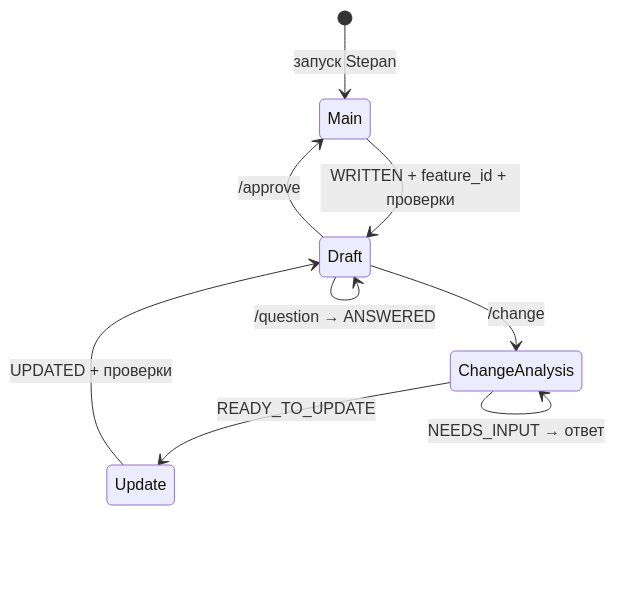
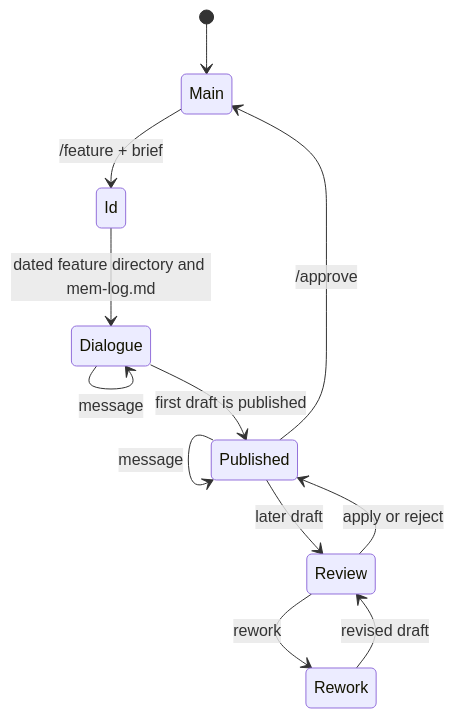
One commit to AndrMoiseev/stepan changed the diagram in docs/feature-flow.md. Above: the diagram before and after it, drawn with Mermaid. The commit also changed other lines of this file and 38 other files, not shown here.

Commit message:
Refined flow

````diff
--- a/docs/feature-flow.md
+++ b/docs/feature-flow.md
@@ -31,11 +7,14 @@
 ```mermaid
 stateDiagram-v2
-    [*] --> Main: запуск Stepan
-    Main --> Draft: WRITTEN + feature_id + проверки
-    Draft --> Draft: /question → ANSWERED
-    Draft --> ChangeAnalysis: /change
-    ChangeAnalysis --> ChangeAnalysis: NEEDS_INPUT → ответ
-    ChangeAnalysis --> Update: READY_TO_UPDATE
-    Update --> Draft: UPDATED + проверки
-    Draft --> Main: /approve
+    [*] --> Main
+    Main --> Id: /feature + brief
+    Id --> Dialogue: dated feature directory and mem-log.md
+    Dialogue --> Dialogue: message
+    Dialogue --> Published: first draft is published
+    Published --> Published: message
+    Published --> Review: later draft
+    Review --> Published: apply or reject
+    Review --> Rework: rework
+    Rework --> Review: revised draft
+    Published --> Main: /approve
 ```
````
